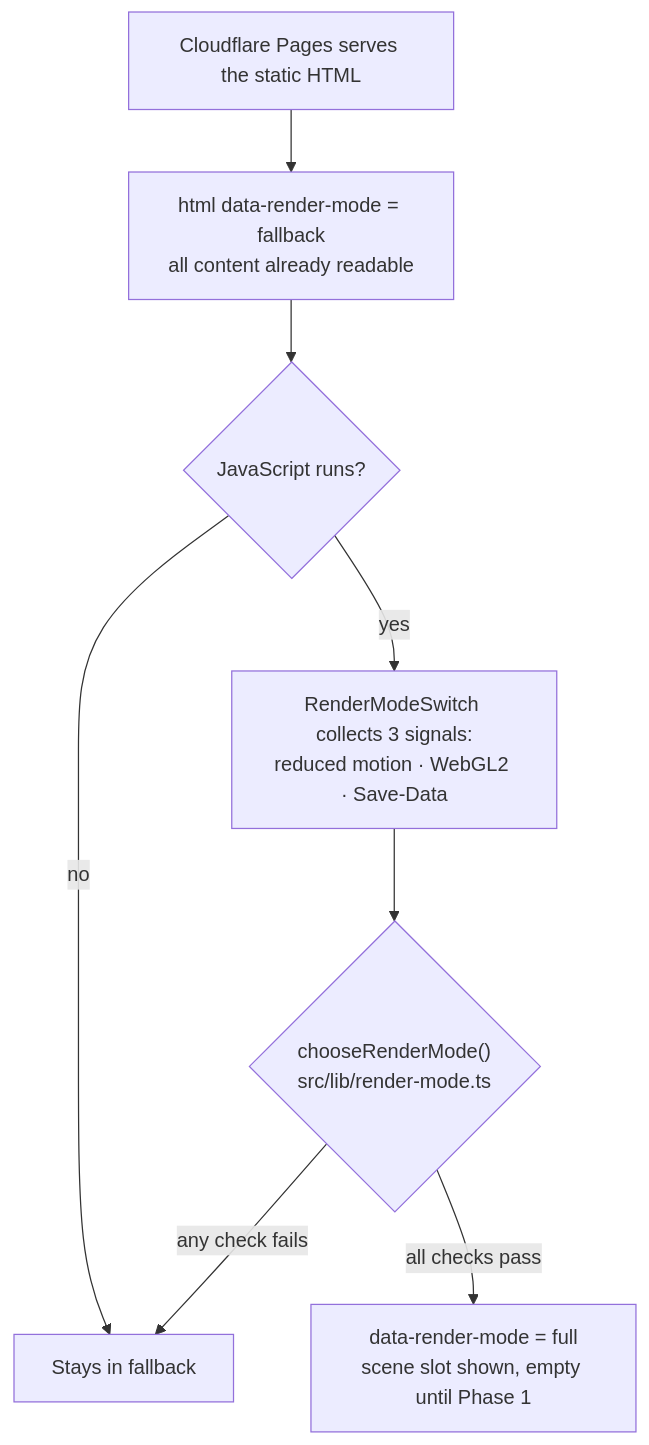
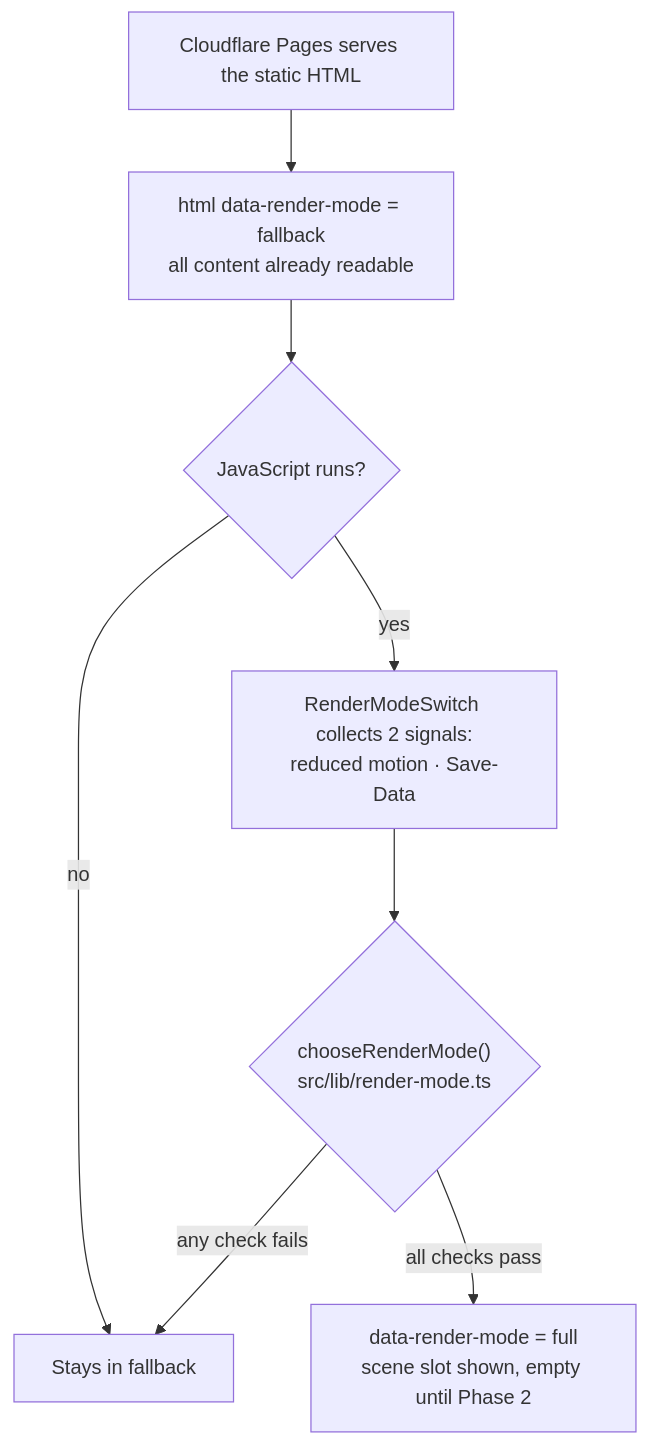
The first of 2 diagrams in docs/architecture.md (Halaszraymond/personal_site), drawn with Mermaid before and after one commit. The commit also changed other lines of this file and 5 other files, not shown here.

Commit message:
docs: record the Kálmán rig in the architecture, making-of and README

````diff
--- a/docs/architecture.md
+++ b/docs/architecture.md
@@ -61,10 +63,10 @@
 ```mermaid
 flowchart TD
     A[Cloudflare Pages serves the static HTML] --> B["html data-render-mode = fallback<br/>all content already readable"]
     B --> C{JavaScript runs?}
     C -- no --> F[Stays in fallback]
-    C -- yes --> D["RenderModeSwitch collects 3 signals:<br/>reduced motion · WebGL2 · Save-Data"]
+    C -- yes --> D["RenderModeSwitch collects 2 signals:<br/>reduced motion · Save-Data"]
     D --> E{"chooseRenderMode()<br/>src/lib/render-mode.ts"}
     E -- any check fails --> F
-    E -- all checks pass --> G["data-render-mode = full<br/>scene slot shown, empty until Phase 1"]
+    E -- all checks pass --> G["data-render-mode = full<br/>scene slot shown, empty until Phase 2"]
 ```
````
